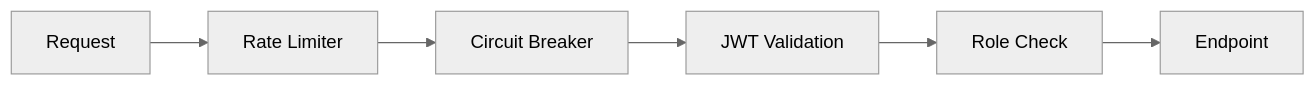
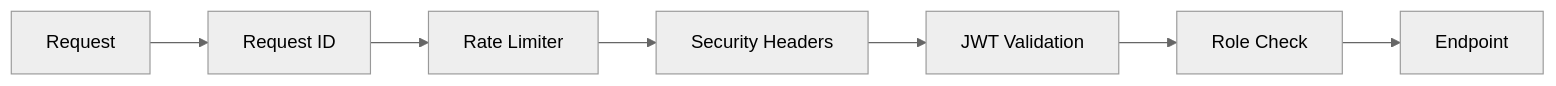
One commit to Pablo-Cubides/chatbot-whatsapp-llm changed the second of 3 diagrams in ARCHITECTURE.md. Above: the diagram before and after it, drawn with Mermaid (neutral theme). The commit also changed other lines of this file and 9 other files, not shown here.

````diff
--- a/ARCHITECTURE.md
+++ b/ARCHITECTURE.md
@@ -162,8 +200,9 @@
 ```mermaid
 graph LR
-    REQ[Request] --> RL[Rate Limiter]
-    RL --> CB[Circuit Breaker]
-    CB --> AUTH[JWT Validation]
+    REQ[Request] --> RID[Request ID]
+    RID --> RL[Rate Limiter]
+    RL --> SH[Security Headers]
+    SH --> AUTH[JWT Validation]
     AUTH --> RBAC[Role Check]
     RBAC --> EP[Endpoint]
 ```
````
